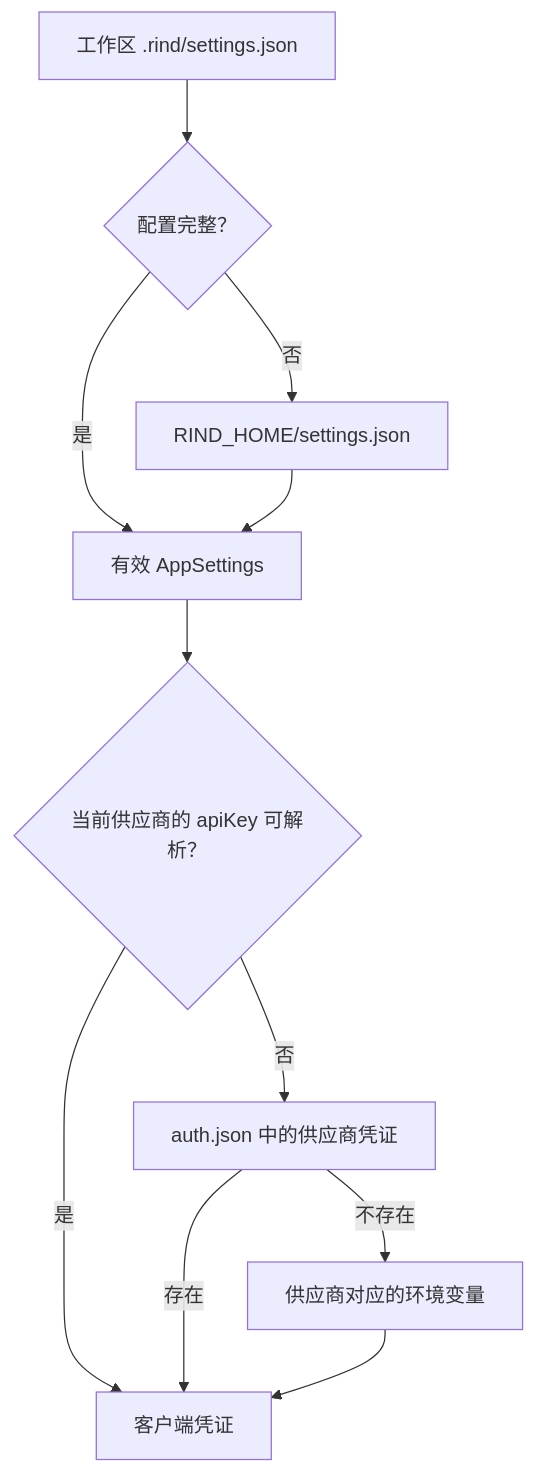
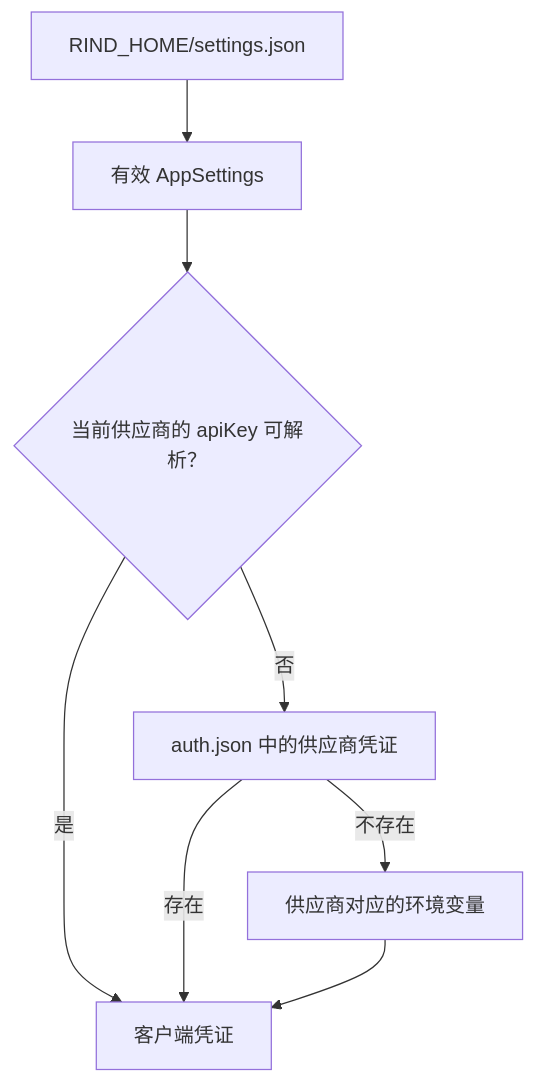
One commit to Azzurroooo/rind changed the diagram in docs/internals/06-models/authentication-and-settings.md. Above: the diagram before and after it, drawn with Mermaid. The commit also changed other lines of this file and 38 other files, not shown here.

```diff
--- a/docs/internals/06-models/authentication-and-settings.md
+++ b/docs/internals/06-models/authentication-and-settings.md
@@ -5,13 +5,10 @@
 ~~~mermaid
 flowchart TD
-    W["工作区 .rind/settings.json"] --> Q{"配置完整？"}
-    Q -->|"是"| S["有效 AppSettings"]
-    Q -->|"否"| U["RIND_HOME/settings.json"]
-    U --> S
+    U["RIND_HOME/settings.json"] --> S["有效 AppSettings"]
     S --> K{"当前供应商的 apiKey 可解析？"}
     K -->|"是"| C["客户端凭证"]
     K -->|"否"| A["auth.json 中的供应商凭证"]
     A -->|"存在"| C
     A -->|"不存在"| E["供应商对应的环境变量"]
     E --> C
 ~~~
```
